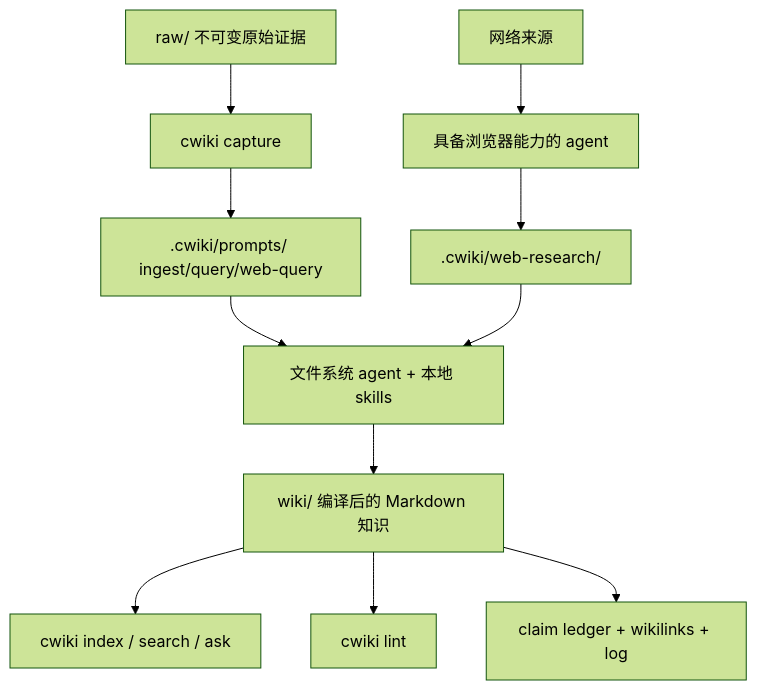
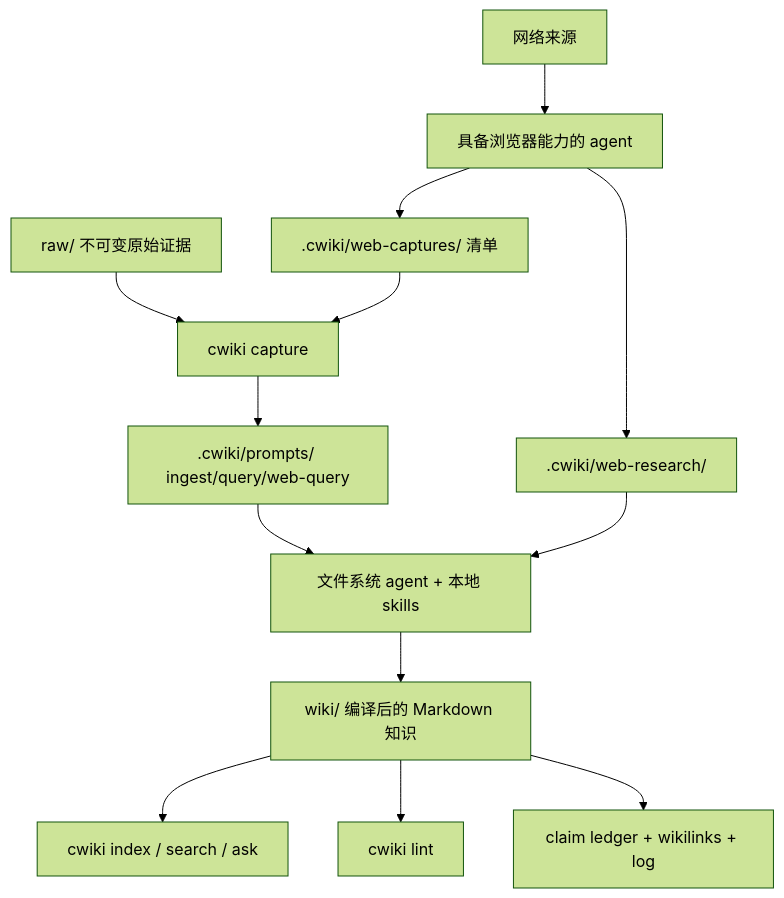
The diagram in README.zh-CN.md (Forever5471/llm-compound-wiki), drawn with Mermaid (forest theme) before and after one commit. The commit also changed other lines of this file and 18 other files, not shown here.

````diff
--- a/README.zh-CN.md
+++ b/README.zh-CN.md
@@ -33,13 +33,15 @@
 ```mermaid
 flowchart TD
     raw["raw/ 不可变原始证据"] --> capture["cwiki capture"]
     capture --> prompts[".cwiki/prompts/ ingest/query/web-query"]
     prompts --> agent["文件系统 agent + 本地 skills"]
     agent --> wiki["wiki/ 编译后的 Markdown 知识"]
     wiki --> index["cwiki index / search / ask"]
     wiki --> lint["cwiki lint"]
     wiki --> claims["claim ledger + wikilinks + log"]
     web["网络来源"] --> browser["具备浏览器能力的 agent"]
     browser --> research[".cwiki/web-research/"]
+    browser --> captures[".cwiki/web-captures/ 清单"]
     research --> agent
+    captures --> capture
 ```
````
